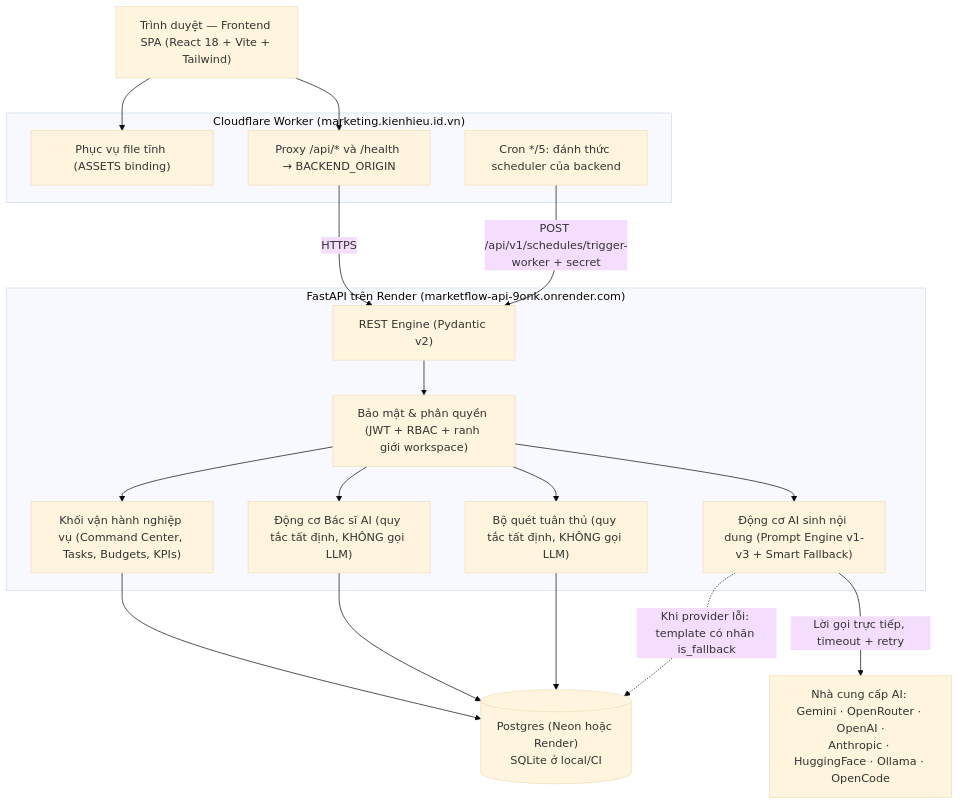
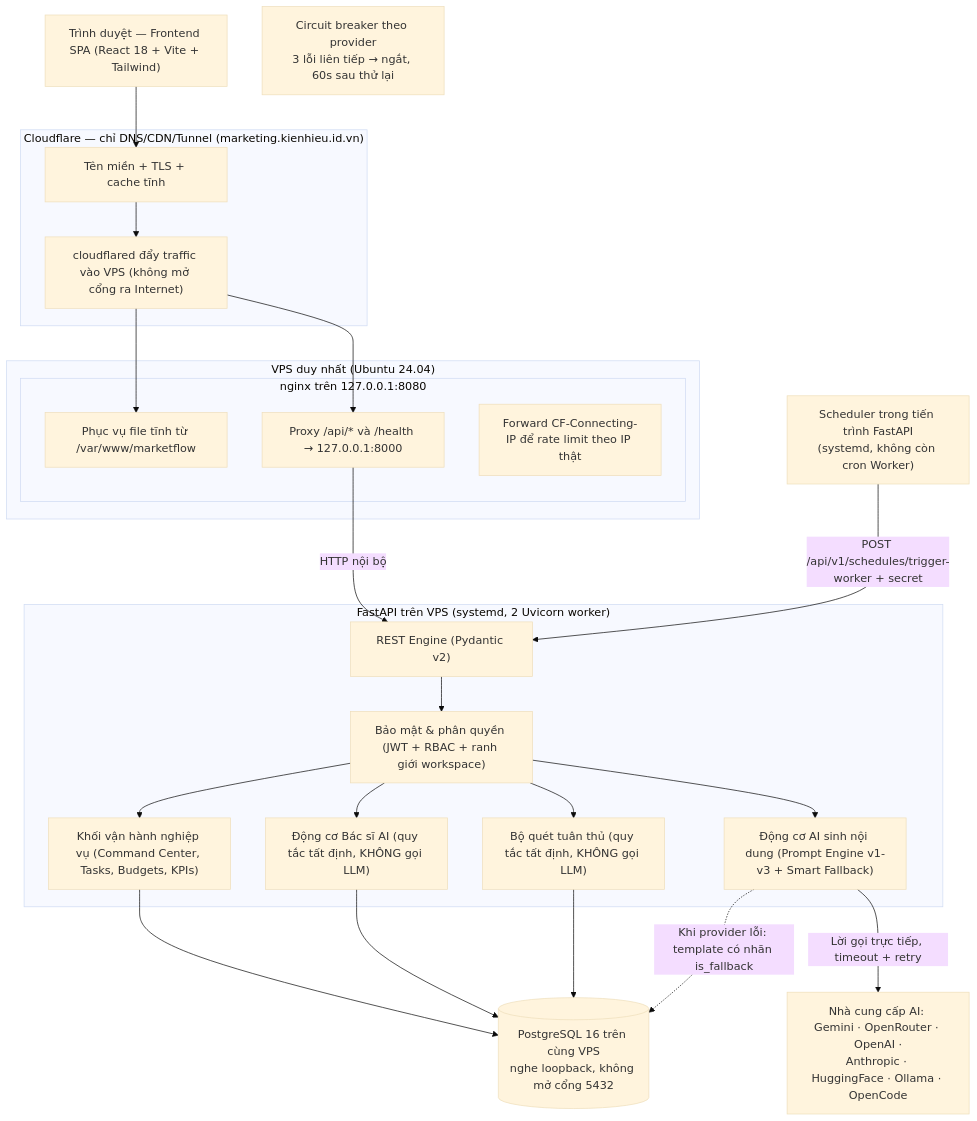
The first of 3 diagrams in docs/ARCHITECTURE.md (hieu-kiien/he-thong-quan-ly-chien-dich-marketing-co-tich-hop-ai), drawn with Mermaid (base theme) before and after one commit. The commit also changed other lines of this file and 3 other files, not shown here.

First line of the commit message:
docs: cap nhat tai lieu theo ha tang VPS that

````diff
--- a/docs/ARCHITECTURE.md
+++ b/docs/ARCHITECTURE.md
@@ -24,38 +34,49 @@
 ```mermaid
 graph TD
     Browser["Trình duyệt — Frontend SPA (React 18 + Vite + Tailwind)"]
 
-    subgraph Edge["Cloudflare Worker (marketing.kienhieu.id.vn)"]
-        Assets["Phục vụ file tĩnh (ASSETS binding)"]
-        Proxy["Proxy /api/* và /health → BACKEND_ORIGIN"]
-        Cron["Cron */5: đánh thức scheduler của backend"]
+    subgraph Edge["Cloudflare — chỉ DNS/CDN/Tunnel (marketing.kienhieu.id.vn)"]
+        DNS["Tên miền + TLS + cache tĩnh"]
+        Tunnel["cloudflared đẩy traffic vào VPS (không mở cổng ra Internet)"]
     end
 
-    subgraph App["FastAPI trên Render (marketflow-api-9onk.onrender.com)"]
+    subgraph VPS["VPS duy nhất (Ubuntu 24.04)"]
+    subgraph Web["nginx trên 127.0.0.1:8080"]
+        Assets["Phục vụ file tĩnh từ /var/www/marketflow"]
+        Proxy["Proxy /api/* và /health → 127.0.0.1:8000"]
+        Headers["Forward CF-Connecting-IP để rate limit theo IP thật"]
+    end
+    end
+
+    subgraph App["FastAPI trên VPS (systemd, 2 Uvicorn worker)"]
         API["REST Engine (Pydantic v2)"]
         Auth["Bảo mật & phân quyền (JWT + RBAC + ranh giới workspace)"]
         Operations["Khối vận hành nghiệp vụ (Command Center, Tasks, Budgets, KPIs)"]
         AIDoctor["Động cơ Bác sĩ AI (quy tắc tất định, KHÔNG gọi LLM)"]
         Compliance["Bộ quét tuân thủ (quy tắc tất định, KHÔNG gọi LLM)"]
         AIEngine["Động cơ AI sinh nội dung (Prompt Engine v1-v3 + Smart Fallback)"]
     end
 
-    DB[("Postgres (Neon hoặc Render)<br/>SQLite ở local/CI")]
+    DB[("PostgreSQL 16 trên cùng VPS<br/>nghe loopback, không mở cổng 5432")]
     ExternalAI["Nhà cung cấp AI: Gemini · OpenRouter · OpenAI ·<br/>Anthropic · HuggingFace · Ollama · OpenCode"]
+    Breaker["Circuit breaker theo provider<br/>3 lỗi liên tiếp → ngắt, 60s sau thử lại"]
+    Scheduler["Scheduler trong tiến trình FastAPI<br/>(systemd, không còn cron Worker)"]
 
-    Browser --> Assets
-    Browser --> Proxy
-    Proxy -->|HTTPS| API
-    Cron -->|POST /api/v1/schedules/trigger-worker + secret| API
+    Browser --> DNS
+    DNS --> Tunnel
+    Tunnel --> Assets
+    Tunnel --> Proxy
+    Proxy -->|HTTP nội bộ| API
+    Scheduler -->|POST /api/v1/schedules/trigger-worker + secret| API
 
     API --> Auth
     Auth --> Operations
     Auth --> AIDoctor
     Auth --> Compliance
     Auth --> AIEngine
     Operations --> DB
     AIDoctor --> DB
     Compliance --> DB
     AIEngine -->|Lời gọi trực tiếp, timeout + retry| ExternalAI
     AIEngine -.->|Khi provider lỗi: template có nhãn is_fallback| DB
 ```
````
